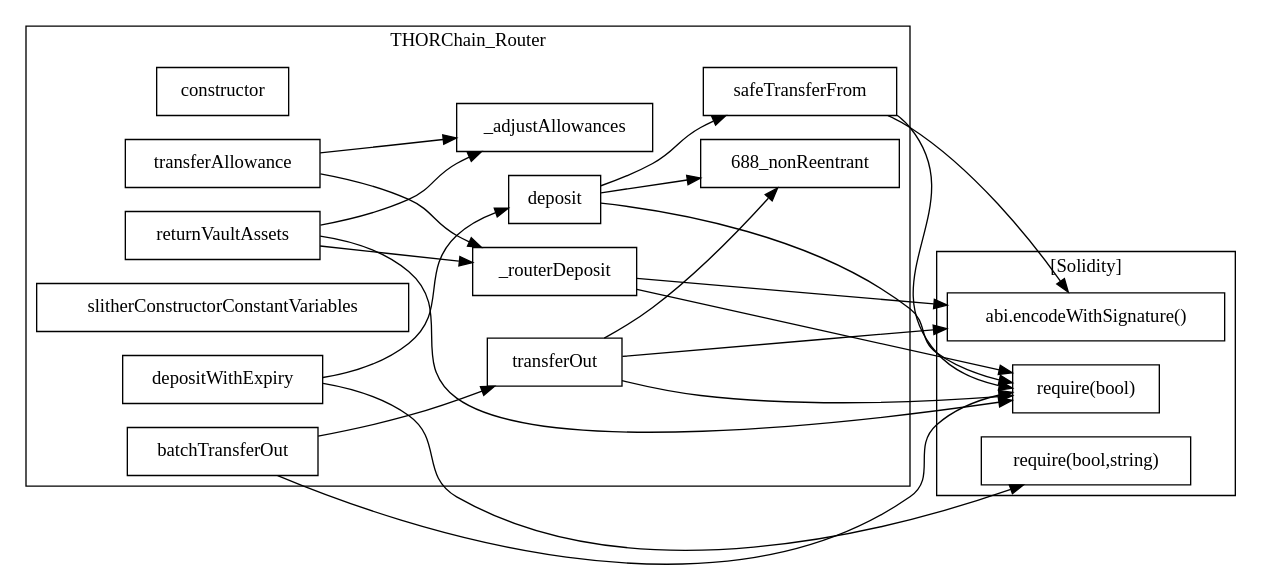
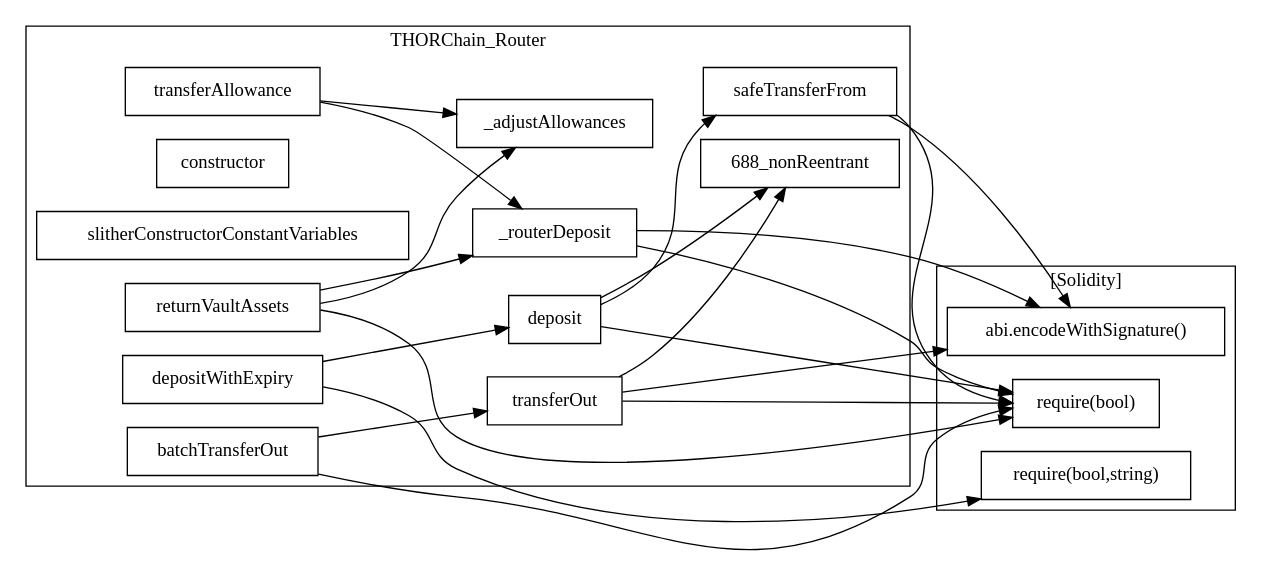
The diagram in static_analysis/THORChain20210723/THORChain_Router.sol.THORChain_Router.call-graph.dot (eliQAQ/IntelliBridge-Auditor), drawn with Graphviz before and after one commit. The commit also changed other lines of this file and 740 other files, not shown here.

```diff
--- a/static_analysis/THORChain20210723/THORChain_Router.sol.THORChain_Router.call-graph.dot
+++ b/static_analysis/THORChain20210723/THORChain_Router.sol.THORChain_Router.call-graph.dot
@@ -1,42 +1,42 @@
 strict digraph {
 rankdir="LR"
 node [shape=box]
 subgraph cluster_688_THORChain_Router {
 label = "THORChain_Router"
-"688_constructor" [label="constructor"]
-"688_depositWithExpiry" [label="depositWithExpiry"]
-"688_transferAllowance" [label="transferAllowance"]
-"688__routerDeposit" [label="_routerDeposit"]
-"688_slitherConstructorConstantVariables" [label="slitherConstructorConstantVariables"]
-"688__adjustAllowances" [label="_adjustAllowances"]
-"688_returnVaultAssets" [label="returnVaultAssets"]
 "688_transferOut" [label="transferOut"]
 "688_deposit" [label="deposit"]
+"688_transferAllowance" [label="transferAllowance"]
+"688__adjustAllowances" [label="_adjustAllowances"]
+"688_constructor" [label="constructor"]
+"688_safeTransferFrom" [label="safeTransferFrom"]
+"688_slitherConstructorConstantVariables" [label="slitherConstructorConstantVariables"]
+"688_depositWithExpiry" [label="depositWithExpiry"]
+"688__routerDeposit" [label="_routerDeposit"]
+"688_returnVaultAssets" [label="returnVaultAssets"]
 "688_batchTransferOut" [label="batchTransferOut"]
-"688_safeTransferFrom" [label="safeTransferFrom"]
+"688_transferAllowance" -> "688__routerDeposit"
+"688_transferOut" -> "688_nonReentrant"
+"688_batchTransferOut" -> "688_transferOut"
+"688_returnVaultAssets" -> "688__adjustAllowances"
+"688_depositWithExpiry" -> "688_deposit"
 "688_deposit" -> "688_safeTransferFrom"
-"688_transferOut" -> "688_nonReentrant"
-"688_returnVaultAssets" -> "688__adjustAllowances"
-"688_transferAllowance" -> "688__routerDeposit"
+"688_transferAllowance" -> "688__adjustAllowances"
+"688_returnVaultAssets" -> "688__routerDeposit"
 "688_deposit" -> "688_nonReentrant"
-"688_batchTransferOut" -> "688_transferOut"
-"688_depositWithExpiry" -> "688_deposit"
-"688_returnVaultAssets" -> "688__routerDeposit"
-"688_transferAllowance" -> "688__adjustAllowances"
 }subgraph cluster_solidity {
 label = "[Solidity]"
 "require(bool)" 
 "require(bool,string)" 
 "abi.encodeWithSignature()" 
 "688_safeTransferFrom" -> "require(bool)"
-"688_deposit" -> "require(bool)"
-"688_safeTransferFrom" -> "abi.encodeWithSignature()"
-"688_transferOut" -> "abi.encodeWithSignature()"
-"688__routerDeposit" -> "abi.encodeWithSignature()"
-"688_batchTransferOut" -> "require(bool)"
 "688_transferOut" -> "require(bool)"
 "688_returnVaultAssets" -> "require(bool)"
+"688_batchTransferOut" -> "require(bool)"
+"688_deposit" -> "require(bool)"
+"688__routerDeposit" -> "abi.encodeWithSignature()"
+"688_transferOut" -> "abi.encodeWithSignature()"
 "688_depositWithExpiry" -> "require(bool,string)"
+"688_safeTransferFrom" -> "abi.encodeWithSignature()"
 "688__routerDeposit" -> "require(bool)"
 }
 }
```
